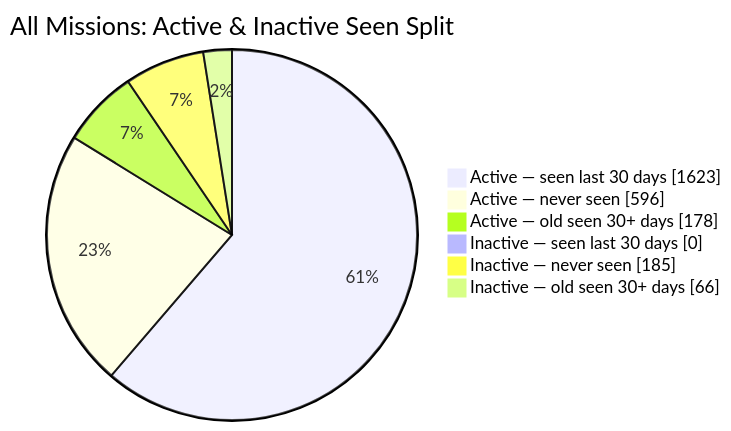
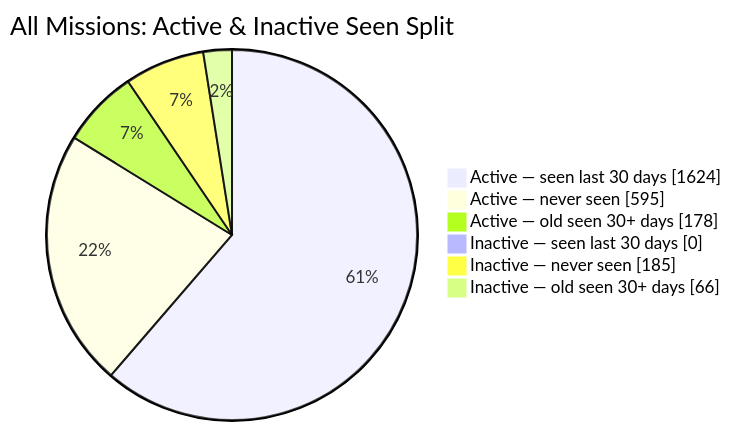
The second of 2 diagrams in README.md (MeldkamerspelGameTeam/active-missions), drawn with Mermaid before and after one commit. The commit also changed other lines of this file and 2 other files, not shown here.

````diff
--- a/README.md
+++ b/README.md
@@ -44,10 +44,10 @@
 ```mermaid
 pie showData
     title All Missions: Active & Inactive Seen Split
-    "Active — seen last 30 days" : 1623
-    "Active — never seen" : 596
+    "Active — seen last 30 days" : 1624
+    "Active — never seen" : 595
     "Active — old seen 30+ days" : 178
     "Inactive — seen last 30 days" : 0
     "Inactive — never seen" : 185
     "Inactive — old seen 30+ days" : 66
 ```
````
